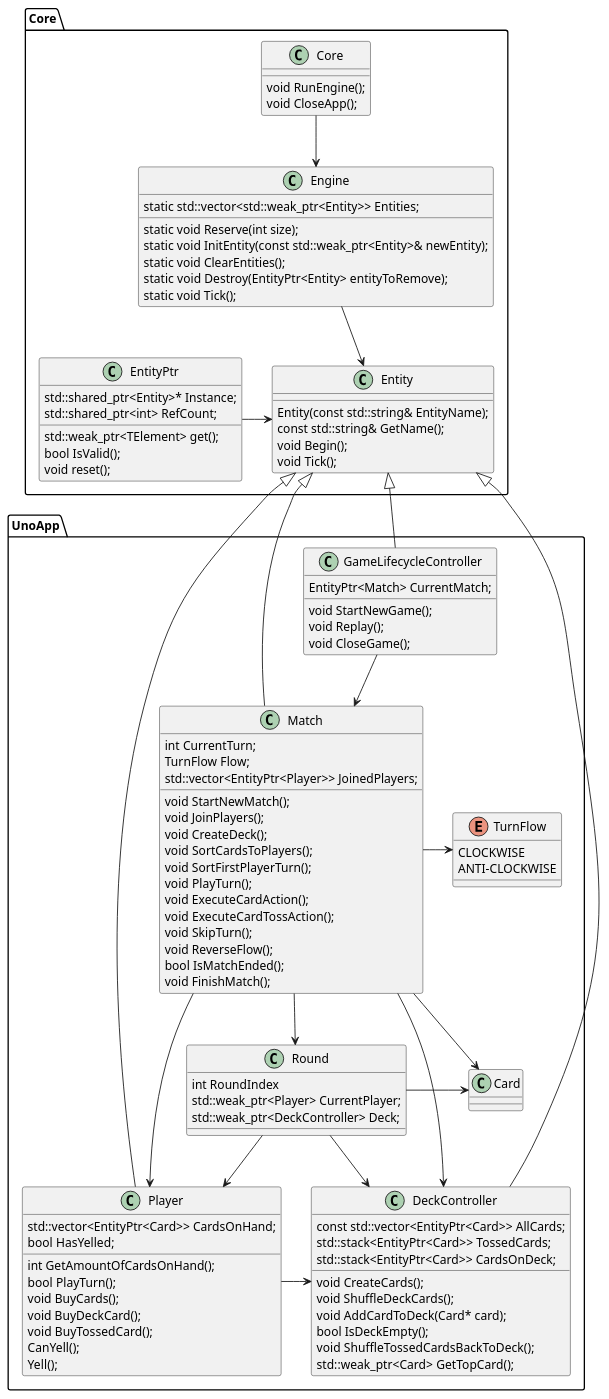
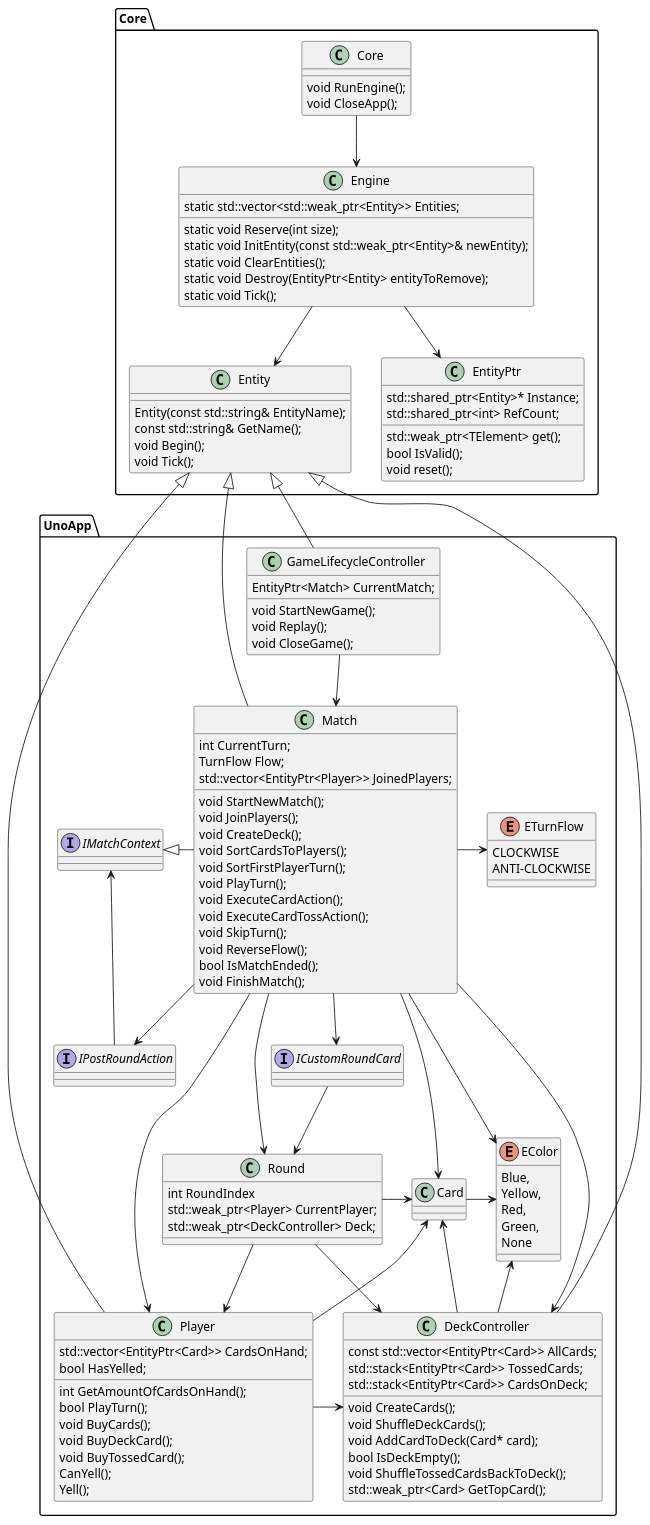
Before and after one commit to rodrigoaadias/UnoGameProjectCpp: the diagram in Documentation/GeneralArchitecture.puml, drawn with PlantUML. The commit also changed 16 other files, not shown here.

Commit message:
updated the architecture and fixed some dependencies problems

```diff
--- a/Documentation/GeneralArchitecture.puml
+++ b/Documentation/GeneralArchitecture.puml
@@ -1,124 +1,148 @@
 @startuml
 'https://plantuml.com/class-diagram
 
 package Core
 {
     class Engine{
         static std::vector<std::weak_ptr<Entity>> Entities;
         static void Reserve(int size);
         static void InitEntity(const std::weak_ptr<Entity>& newEntity);
         static void ClearEntities();
         static void Destroy(EntityPtr<Entity> entityToRemove);
         static void Tick();
     }
 
     class Entity{        
         Entity(const std::string& EntityName);
         const std::string& GetName();
         void Begin();
         void Tick();
     }
 
     Engine --> Entity
+    Engine --> EntityPtr
 
     class EntityPtr{
         std::shared_ptr<Entity>* Instance;
         std::shared_ptr<int> RefCount;
         std::weak_ptr<TElement> get();
         bool IsValid();
         void reset();
     }
 
     class Core{
         void RunEngine();
         void CloseApp();
     }
 
     Core --> Engine
-    EntityPtr -> Entity
 }
 
 package UnoApp
 {
     class GameLifecycleController{
         EntityPtr<Match> CurrentMatch;
         void StartNewGame();
         void Replay();
         void CloseGame();
     }
     
     class Player{
         std::vector<EntityPtr<Card>> CardsOnHand;
         bool HasYelled;
         int GetAmountOfCardsOnHand();
         bool PlayTurn();
         void BuyCards();
         void BuyDeckCard();
         void BuyTossedCard();
         CanYell();
         Yell();
     }
 
     class DeckController{
         const std::vector<EntityPtr<Card>> AllCards;
         std::stack<EntityPtr<Card>> TossedCards;
         std::stack<EntityPtr<Card>> CardsOnDeck;
         void CreateCards();
         void ShuffleDeckCards();
         void AddCardToDeck(Card* card);
         bool IsDeckEmpty();
         void ShuffleTossedCardsBackToDeck();
         std::weak_ptr<Card> GetTopCard();
     }
 
-    enum TurnFlow{
+    enum ETurnFlow{
         CLOCKWISE
         ANTI-CLOCKWISE
+    }
+    
+    enum EColor{
+        Blue,
+        Yellow,
+        Red,
+        Green,
+        None
     }
 
     class Match{    
         int CurrentTurn;
         TurnFlow Flow;
         std::vector<EntityPtr<Player>> JoinedPlayers;        
         void StartNewMatch();
         void JoinPlayers();
         void CreateDeck();
         void SortCardsToPlayers();
         void SortFirstPlayerTurn();
         void PlayTurn();
         void ExecuteCardAction();      
         void ExecuteCardTossAction();  
         void SkipTurn();
         void ReverseFlow();
         bool IsMatchEnded();
         void FinishMatch();
     }
     
     class Round{
         int RoundIndex
         std::weak_ptr<Player> CurrentPlayer;
         std::weak_ptr<DeckController> Deck;
     }
 
     class Card{
     }
 
+    interface IPostRoundAction{}
+    
+    interface ICustomRoundCard{}
+    
+    interface IMatchContext{}
+
     Entity <|-- GameLifecycleController
     GameLifecycleController --> Match
 
     Entity <|-- Player
     Entity <|-- Match
     Entity <|-- DeckController
 
     Player -> DeckController
     Match ---> Player
     Match ---> DeckController
-    Match -> TurnFlow
+    Match -> ETurnFlow
     Match --> Card
     Match --> Round
+    Match --> IPostRoundAction
+    IMatchContext <|-Match
+    IMatchContext <-- IPostRoundAction
+    ICustomRoundCard --> Round
+    Match --> ICustomRoundCard
     Round --> Player
     Round --> DeckController
     Round -> Card
+    Card -> EColor
+    Card <- DeckController
+    EColor <- DeckController
+    EColor <- Match
+    Card <- Player
 }
 
 @enduml
```
